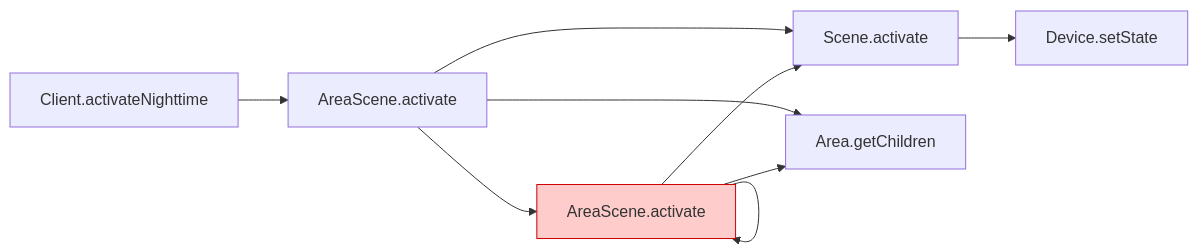
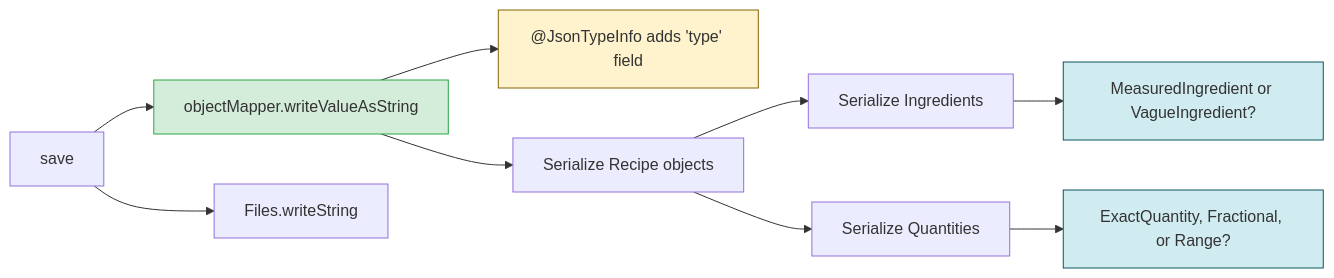
Before and after one commit to neu-pdi/cs3100-public-resources: the third of 7 diagrams in lecture-slides/l14-program-understanding.mdx, drawn with Mermaid. The commit also changed other lines of this file, not shown here.

First line of the commit message:
Add A3 class diagram to Building Mental Models slide

````diff
--- a/lecture-slides/l14-program-understanding.mdx
+++ b/lecture-slides/l14-program-understanding.mdx
@@ -709,13 +702,16 @@
 ```mermaid
 graph LR
-    A[Client.activateNighttime] --> B[AreaScene.activate]
-    B --> C[Scene.activate]
-    C --> D[Device.setState]
-    B --> E[Area.getChildren]
-    B --> F[AreaScene.activate]
-    F --> C
-    F --> E
-    F --> F
-
-    style F fill:#ffcccc,stroke:#cc0000
+    A[save] --> B[objectMapper.writeValueAsString]
+    B --> C["@JsonTypeInfo adds 'type' field"]
+    B --> D[Serialize Recipe objects]
+    D --> E[Serialize Ingredients]
+    E --> F[MeasuredIngredient or VagueIngredient?]
+    D --> G[Serialize Quantities]
+    G --> H[ExactQuantity, Fractional, or Range?]
+    A --> I[Files.writeString]
+    
+    style B fill:#d4edda,stroke:#28a745
+    style C fill:#fff3cd,stroke:#856404
+    style F fill:#d1ecf1,stroke:#0c5460
+    style H fill:#d1ecf1,stroke:#0c5460
 ```
````
